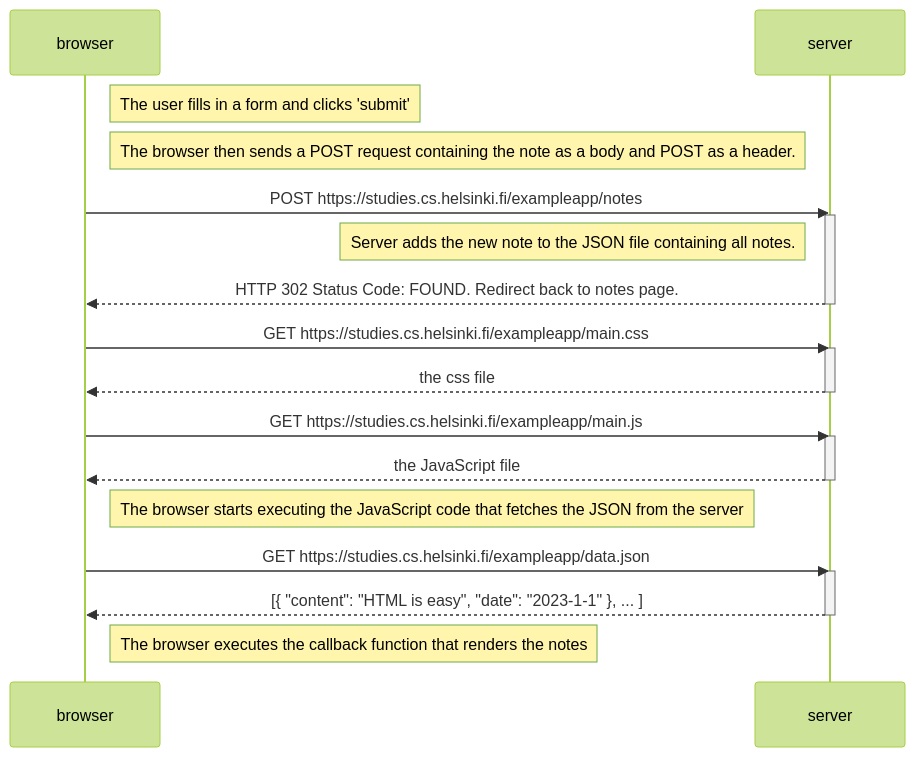
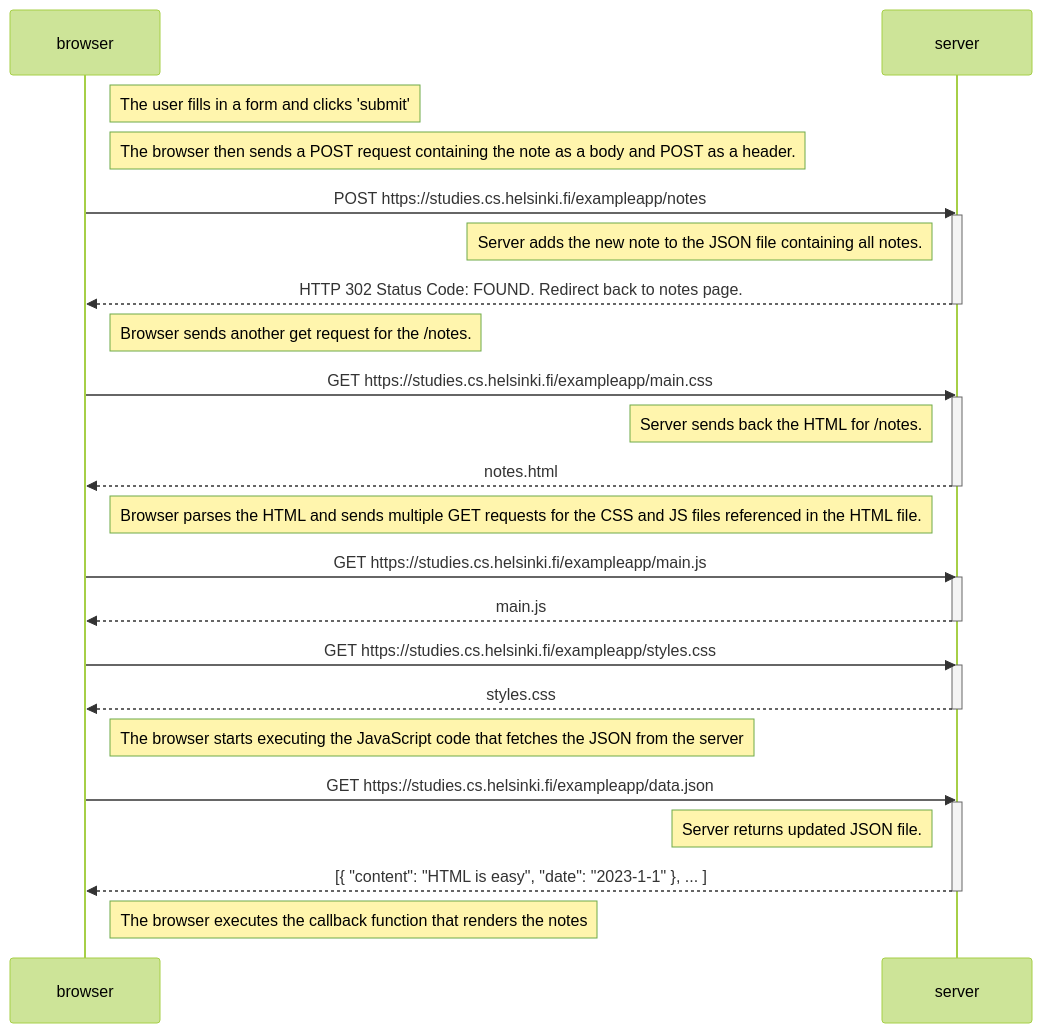
The diagram in part0/diagram.md (hvmil/FSO-2023), drawn with Mermaid (forest theme) before and after one commit.

````diff
--- a/part0/diagram.md
+++ b/part0/diagram.md
@@ -1,35 +1,49 @@
 ```mermaid
   sequenceDiagram
     participant browser
     participant server
     
     Note right of browser: The user fills in a form and clicks 'submit'
     Note right of browser: The browser then sends a POST request containing the note as a body and POST as a header.
 
     browser->>server: POST https://studies.cs.helsinki.fi/exampleapp/notes
     activate server
 
     Note left of server: Server adds the new note to the JSON file containing all notes.
 
     server-->>browser: HTTP 302 Status Code: FOUND. Redirect back to notes page.
     deactivate server
 
+    Note right of browser: Browser sends another get request for the /notes.
+
     browser->>server: GET https://studies.cs.helsinki.fi/exampleapp/main.css
     activate server
-    server-->>browser: the css file
+
+    Note left of server: Server sends back the HTML for /notes.
+
+    server-->>browser: notes.html
     deactivate server
+
+    Note right of browser: Browser parses the HTML and sends multiple GET requests for the CSS and JS files referenced in the HTML file.
 
     browser->>server: GET https://studies.cs.helsinki.fi/exampleapp/main.js
     activate server
-    server-->>browser: the JavaScript file
+    server-->>browser: main.js
+    deactivate server
+    browser->>server: GET https://studies.cs.helsinki.fi/exampleapp/styles.css
+    activate server
+    server-->>browser: styles.css
     deactivate server
 
     Note right of browser: The browser starts executing the JavaScript code that fetches the JSON from the server
 
     browser->>server: GET https://studies.cs.helsinki.fi/exampleapp/data.json
     activate server
+
+    Note left of server: Server returns updated JSON file.
+
     server-->>browser: [{ "content": "HTML is easy", "date": "2023-1-1" }, ... ]
     deactivate server
 
     Note right of browser: The browser executes the callback function that renders the notes
 ```
````
